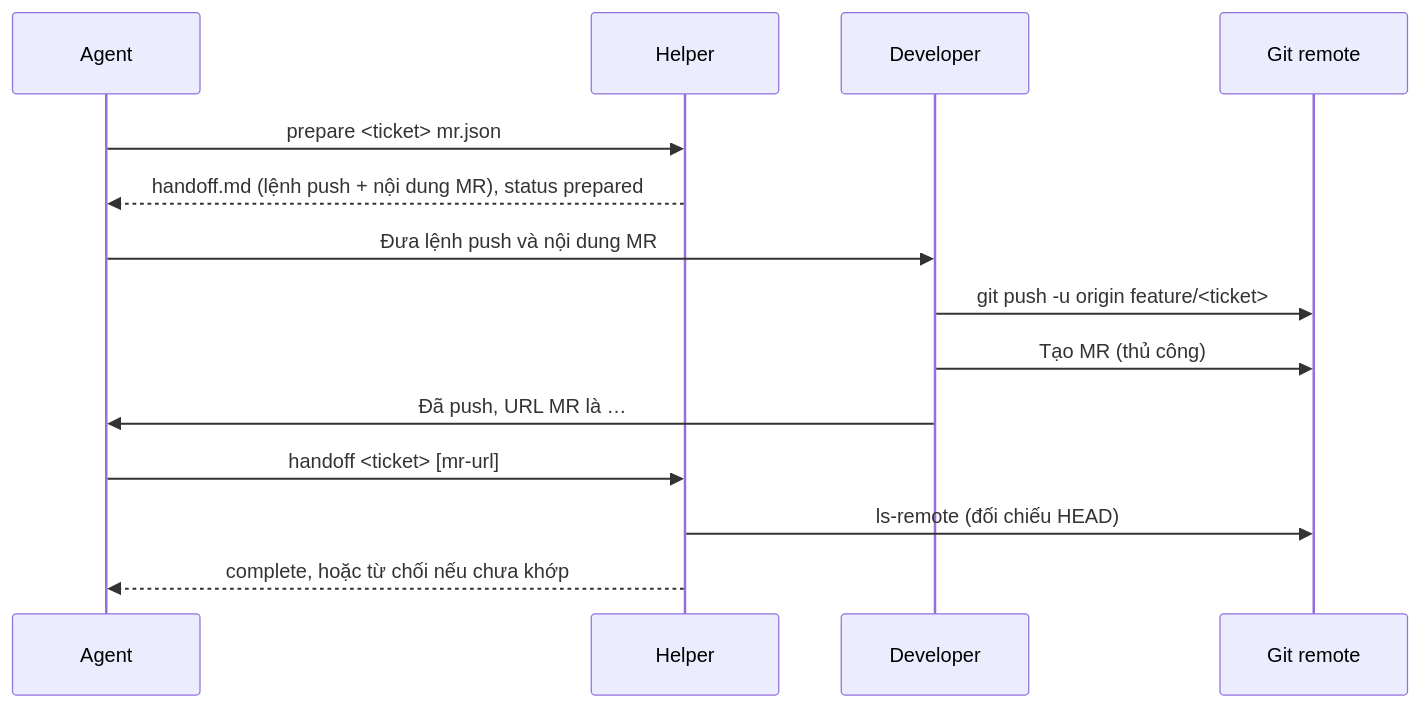
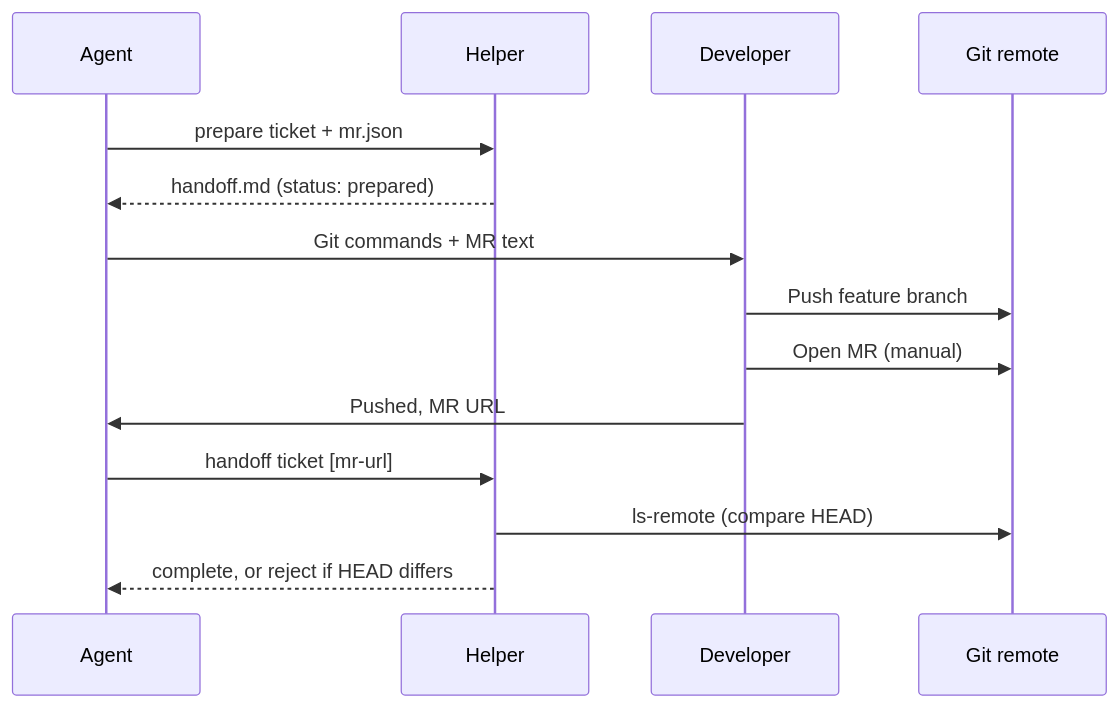
One commit to hainguyen85/ticket-workflow-kit changed the sixth of 6 diagrams in .agents/TASK-SKILLS-GUIDE.md. Above: the diagram before and after it, drawn with Mermaid. The commit also changed other lines of this file and 67 other files, not shown here.

````diff
--- a/.agents/TASK-SKILLS-GUIDE.md
+++ b/.agents/TASK-SKILLS-GUIDE.md
@@ -357,16 +506,16 @@
 ```mermaid
 sequenceDiagram
     participant A as Agent
     participant H as Helper
     participant D as Developer
     participant R as Git remote
-    A->>H: prepare <ticket> mr.json
-    H-->>A: handoff.md (lệnh push + nội dung MR), status prepared
-    A->>D: Đưa lệnh push và nội dung MR
-    D->>R: git push -u origin feature/<ticket>
-    D->>R: Tạo MR (thủ công)
-    D->>A: Đã push, URL MR là …
-    A->>H: handoff <ticket> [mr-url]
-    H->>R: ls-remote (đối chiếu HEAD)
-    H-->>A: complete, hoặc từ chối nếu chưa khớp
+    A->>H: prepare ticket + mr.json
+    H-->>A: handoff.md (status: prepared)
+    A->>D: Git commands + MR text
+    D->>R: Push feature branch
+    D->>R: Open MR (manual)
+    D->>A: Pushed, MR URL
+    A->>H: handoff ticket [mr-url]
+    H->>R: ls-remote (compare HEAD)
+    H-->>A: complete, or reject if HEAD differs
 ```
````
